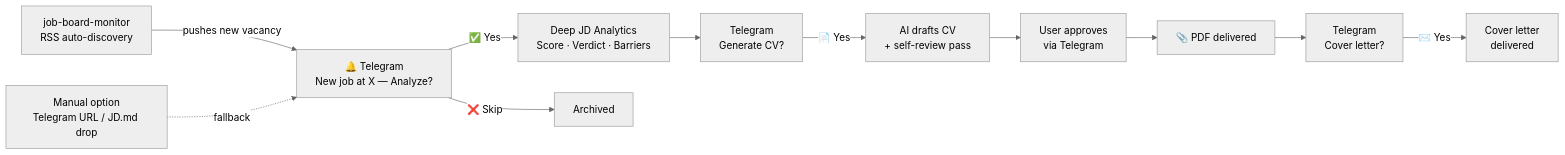
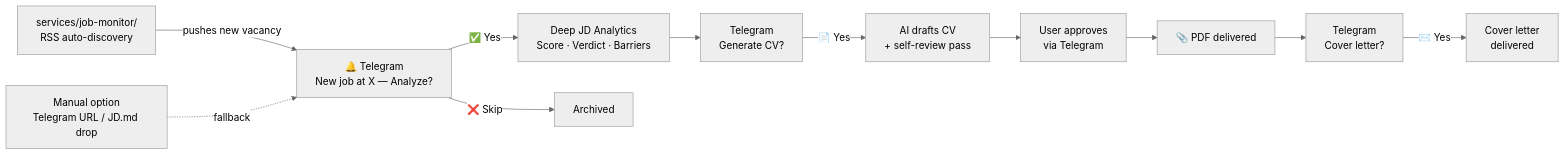
The first of 3 diagrams in README.md (ioncat/agent-hub), drawn with Mermaid (neutral theme) before and after one commit. The commit also changed other lines of this file and 1 other file, not shown here.

First line of the commit message:
docs: align README and ARCHITECTURE with product pivot

````diff
--- a/README.md
+++ b/README.md
@@ -76,14 +61,14 @@
 ```mermaid
 flowchart LR
-    M["job-board-monitor\nRSS auto-discovery"] -->|"pushes new vacancy"| A
+    M["services/job-monitor/\nRSS auto-discovery"] -->|"pushes new vacancy"| A
     A["🔔 Telegram\nNew job at X — Analyze?"]
     A -->|✅ Yes| C["Deep JD Analytics\nScore · Verdict · Barriers"]
     C --> D["Telegram\nGenerate CV?"]
     D -->|📄 Yes| E["AI drafts CV\n+ self-review pass"]
     E --> F["User approves\nvia Telegram"]
     F --> G["📎 PDF delivered"]
     G --> H["Telegram\nCover letter?"]
     H -->|✉️ Yes| I["Cover letter\ndelivered"]
     A -->|❌ Skip| Z["Archived"]
     U["Manual option\nTelegram URL / JD.md drop"] -.->|fallback| A
 ```
````
